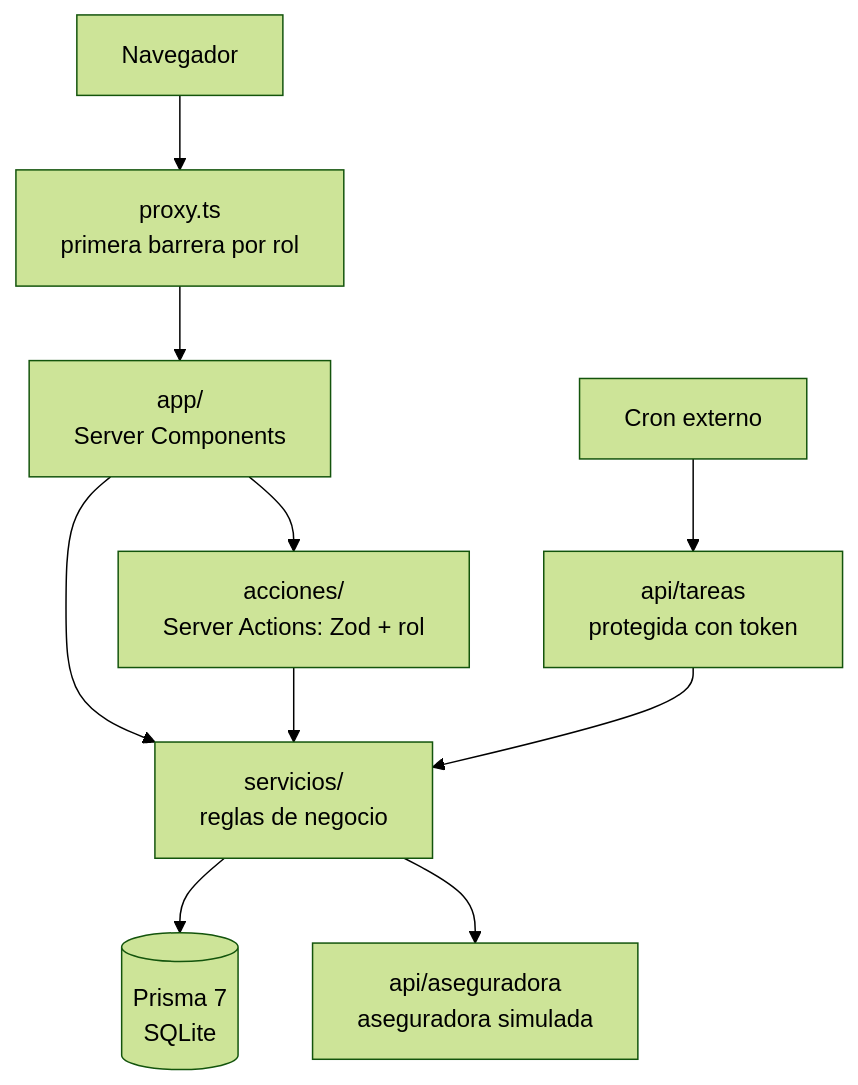
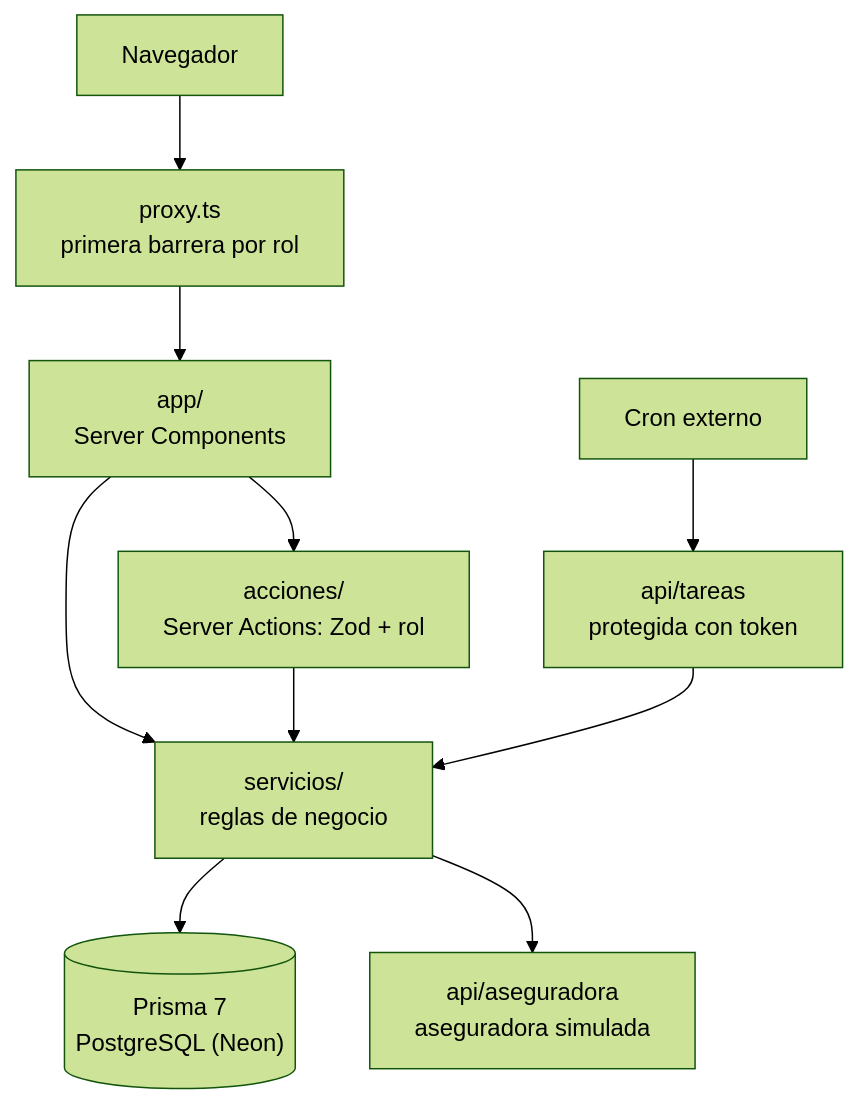
Before and after one commit to andre051223/diseno-software: the diagram in README.md, drawn with Mermaid (forest theme). The commit also changed other lines of this file and 21 other files, not shown here.

````diff
--- a/README.md
+++ b/README.md
@@ -76,12 +76,12 @@
 ```mermaid
 flowchart TD
     U[Navegador] --> P["proxy.ts<br/>primera barrera por rol"]
     P --> UI["app/<br/>Server Components"]
     UI --> A["acciones/<br/>Server Actions: Zod + rol"]
     UI --> S
     A --> S["servicios/<br/>reglas de negocio"]
-    S --> DB[("Prisma 7<br/>SQLite")]
+    S --> DB[("Prisma 7<br/>PostgreSQL (Neon)")]
     S --> AS["api/aseguradora<br/>aseguradora simulada"]
     C["Cron externo"] --> T["api/tareas<br/>protegida con token"]
     T --> S
 ```
````
